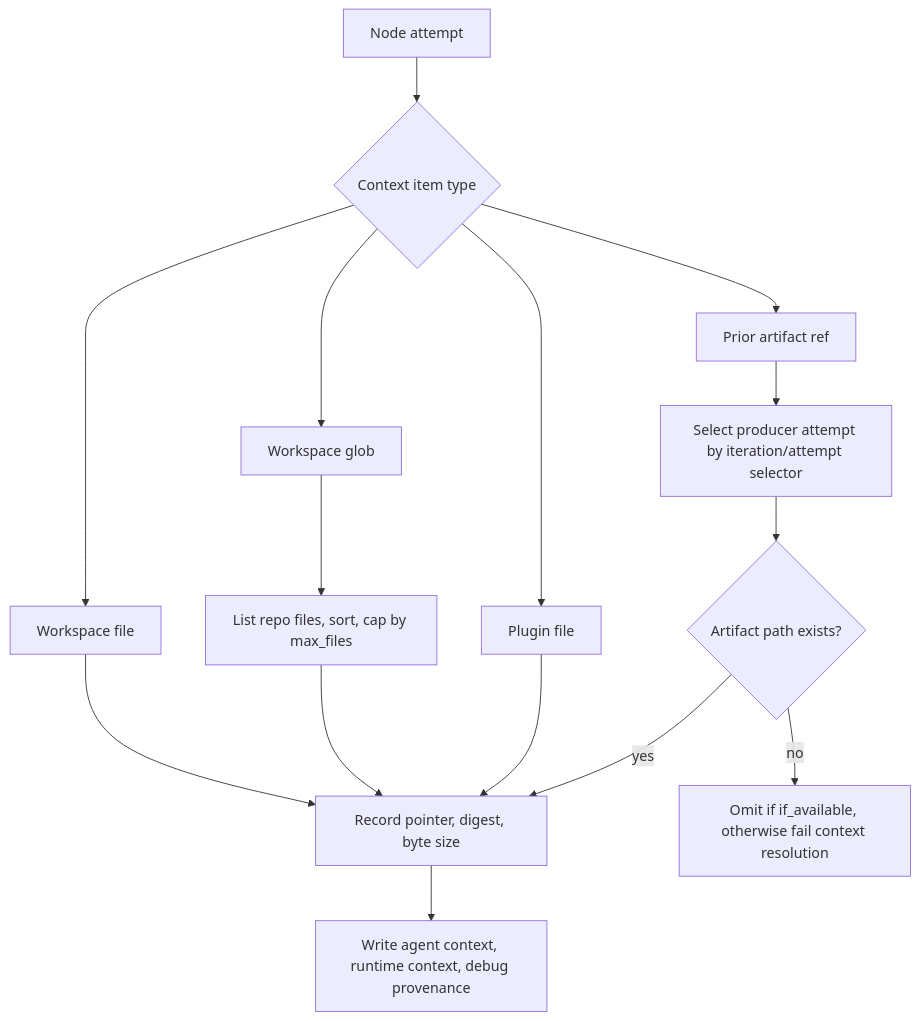
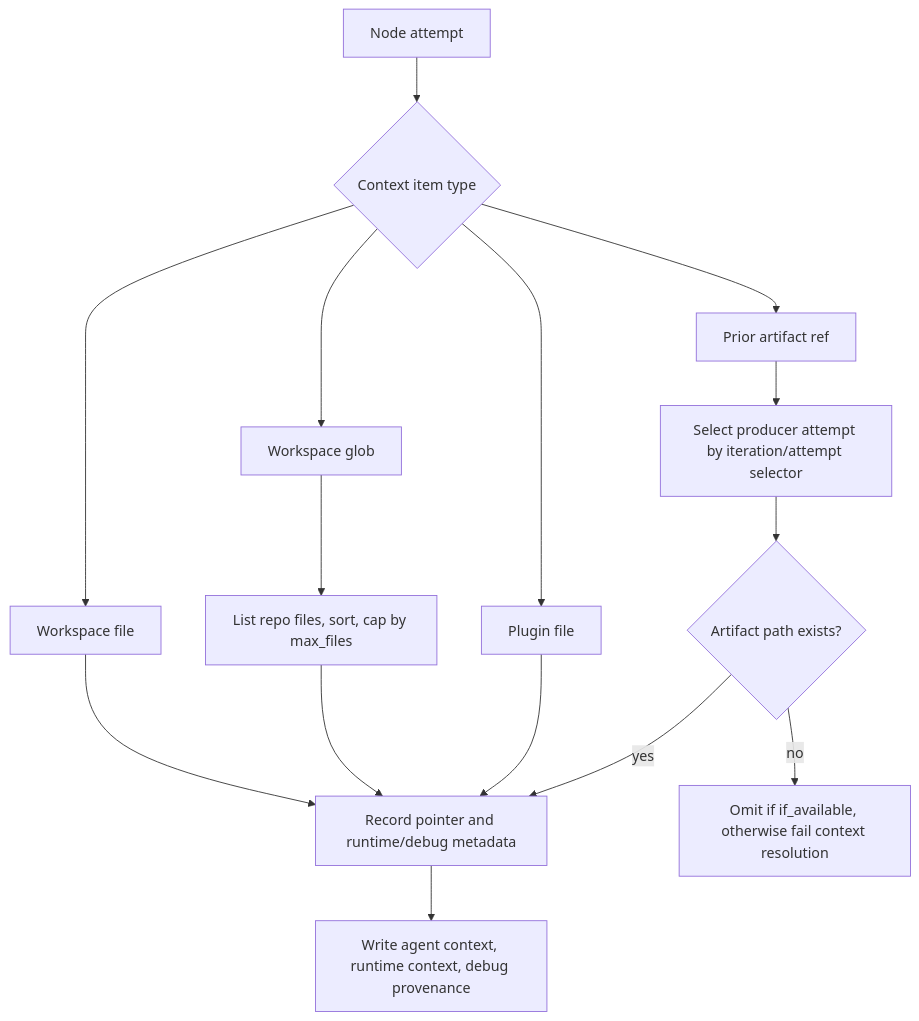
The third of 3 diagrams in docs/technical/context-and-artifacts.md (koji98/agentflow), drawn with Mermaid before and after one commit. The commit also changed other lines of this file and 18 other files, not shown here.

````diff
--- a/docs/technical/context-and-artifacts.md
+++ b/docs/technical/context-and-artifacts.md
@@ -60,17 +60,17 @@
 ```mermaid
 flowchart TD
   start["Node attempt"] --> item{"Context item type"}
   item --> file["Workspace file"]
   item --> glob["Workspace glob"]
   item --> plugin["Plugin file"]
   item --> ref["Prior artifact ref"]
   glob --> sort["List repo files, sort, cap by max_files"]
   ref --> attempts["Select producer attempt by iteration/attempt selector"]
   attempts --> artifact{"Artifact path exists?"}
-  artifact -- yes --> pointer["Record pointer, digest, byte size"]
+  artifact -- yes --> pointer["Record pointer and runtime/debug metadata"]
   artifact -- no --> omit["Omit if if_available, otherwise fail context resolution"]
   file --> pointer
   plugin --> pointer
   sort --> pointer
   pointer --> write["Write agent context, runtime context, debug provenance"]
 ```
````
